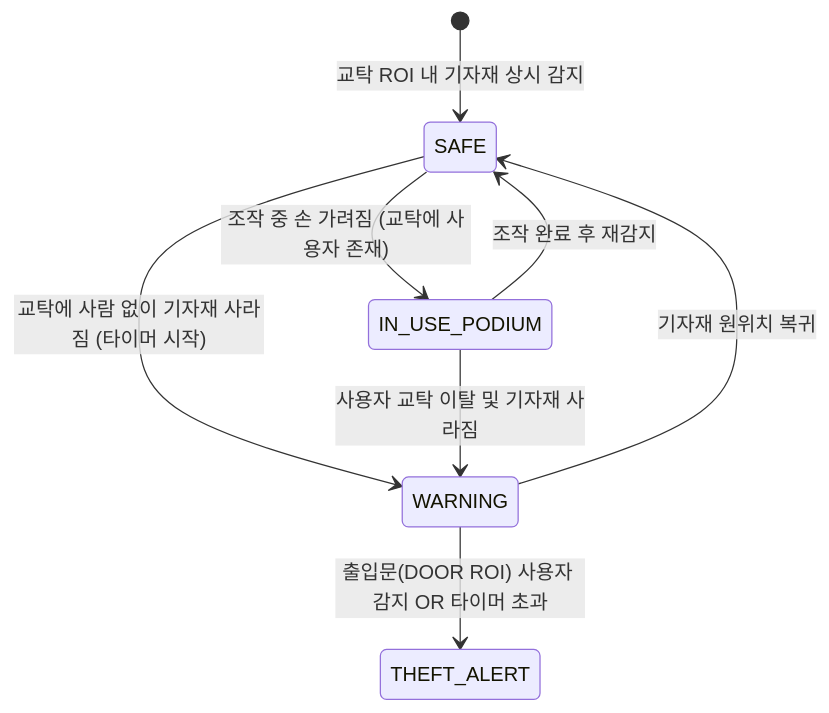
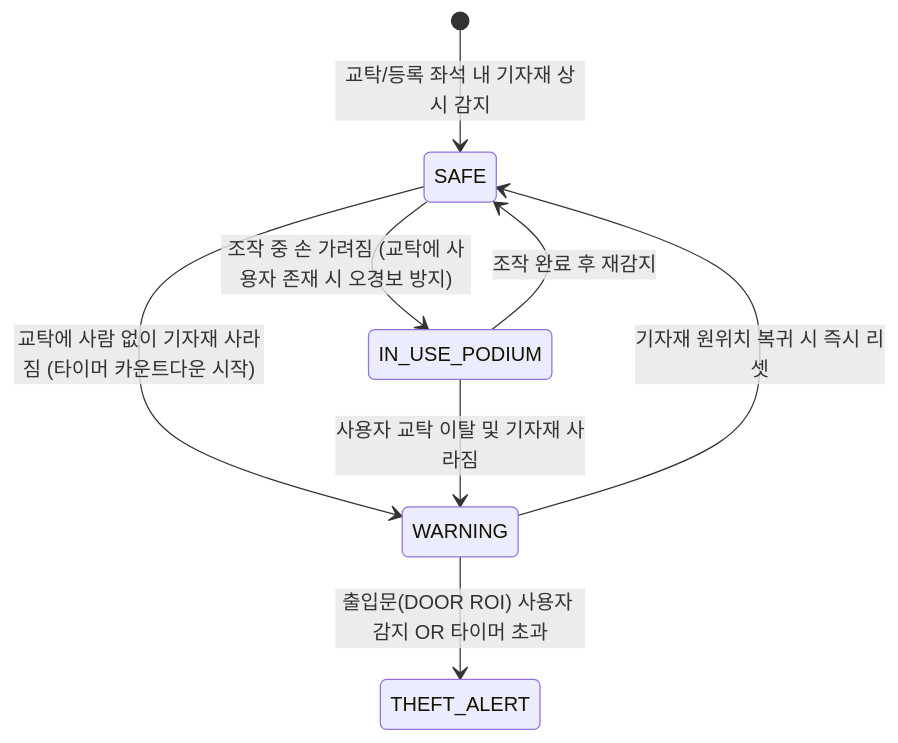
One commit to hyeonje3402/Object-Recognition-Vision changed the second of 3 diagrams in README.md. Above: the diagram before and after it, drawn with Mermaid. The commit also changed other lines of this file and 77 other files, not shown here.

````diff
--- a/README.md
+++ b/README.md
@@ -59,10 +63,10 @@
 ```mermaid
 stateDiagram-v2
-    [*] --> SAFE: 교탁 ROI 내 기자재 상시 감지
-    SAFE --> IN_USE_PODIUM: 조작 중 손 가려짐 (교탁에 사용자 존재)
+    [*] --> SAFE: 교탁/등록 좌석 내 기자재 상시 감지
+    SAFE --> IN_USE_PODIUM: 조작 중 손 가려짐 (교탁에 사용자 존재 시 오경보 방지)
     IN_USE_PODIUM --> SAFE: 조작 완료 후 재감지
-    SAFE --> WARNING: 교탁에 사람 없이 기자재 사라짐 (타이머 시작)
+    SAFE --> WARNING: 교탁에 사람 없이 기자재 사라짐 (타이머 카운트다운 시작)
     IN_USE_PODIUM --> WARNING: 사용자 교탁 이탈 및 기자재 사라짐
-    WARNING --> SAFE: 기자재 원위치 복귀
+    WARNING --> SAFE: 기자재 원위치 복귀 시 즉시 리셋
     WARNING --> THEFT_ALERT: 출입문(DOOR ROI) 사용자 감지 OR 타이머 초과
 ```
````
